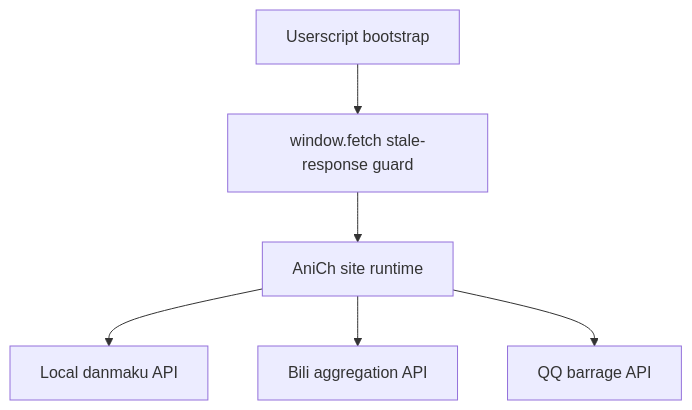
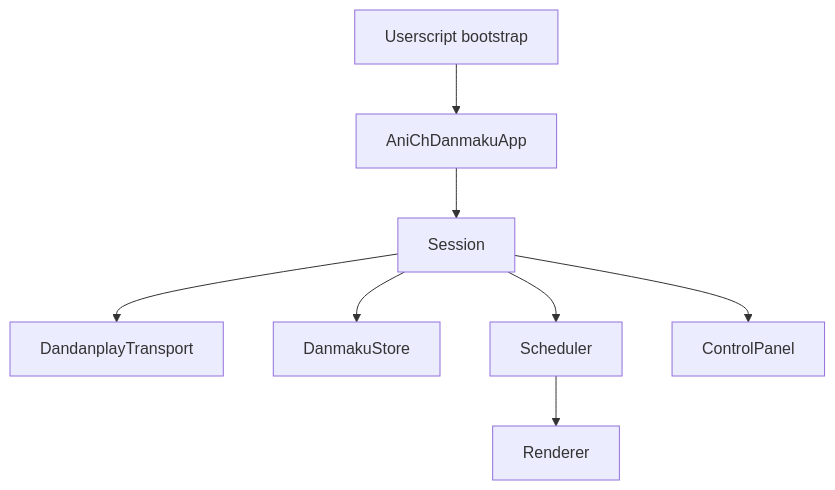
Before and after one commit to Loong111/AniCh-dandanPlay: the diagram in docs/analysis/project-overview.md, drawn with Mermaid. The commit also changed other lines of this file and 8 other files, not shown here.

````diff
--- a/docs/analysis/project-overview.md
+++ b/docs/analysis/project-overview.md
@@ -8,8 +8,10 @@
 ```mermaid
 graph TD
-    U[Userscript bootstrap] --> G[window.fetch stale-response guard]
-    G --> S[AniCh site runtime]
-    S --> L[Local danmaku API]
-    S --> B[Bili aggregation API]
-    S --> Q[QQ barrage API]
+    U[Userscript bootstrap] --> A[AniChDanmakuApp]
+    A --> S[Session]
+    S --> T[DandanplayTransport]
+    S --> D[DanmakuStore]
+    S --> C[Scheduler]
+    C --> R[Renderer]
+    S --> P[ControlPanel]
 ```
````
